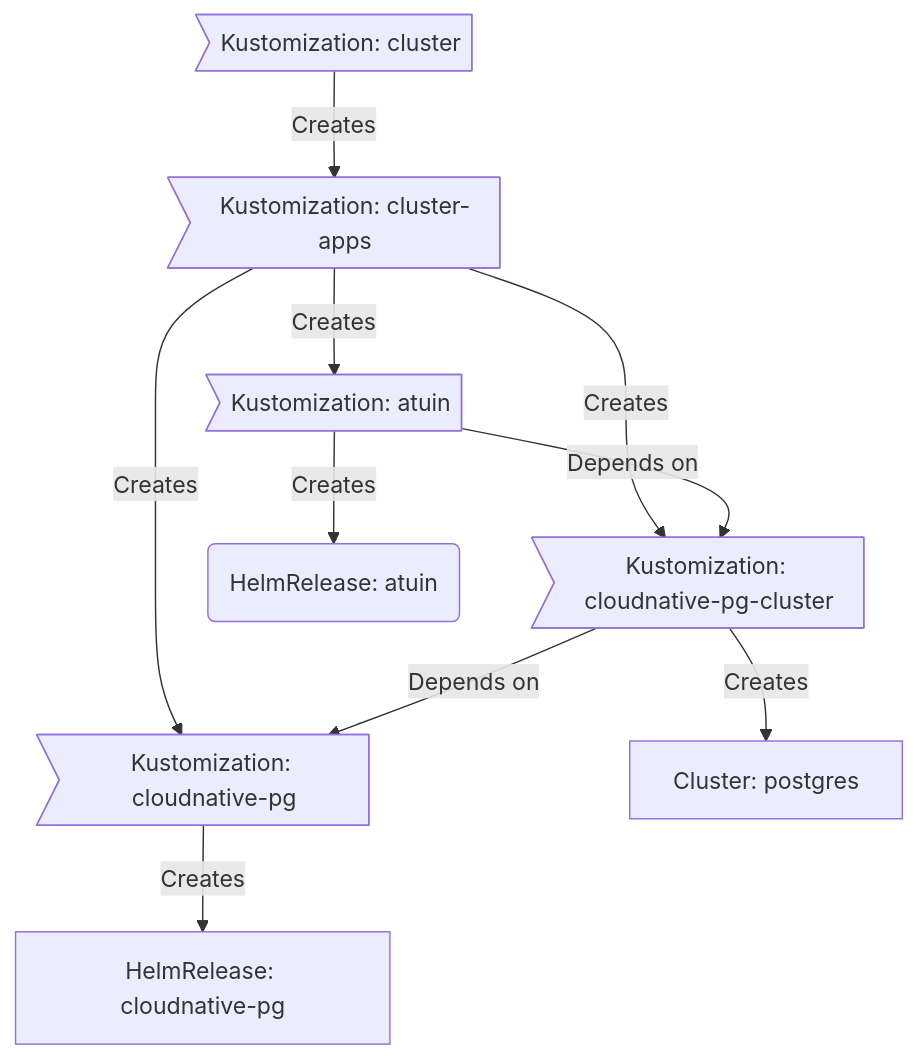
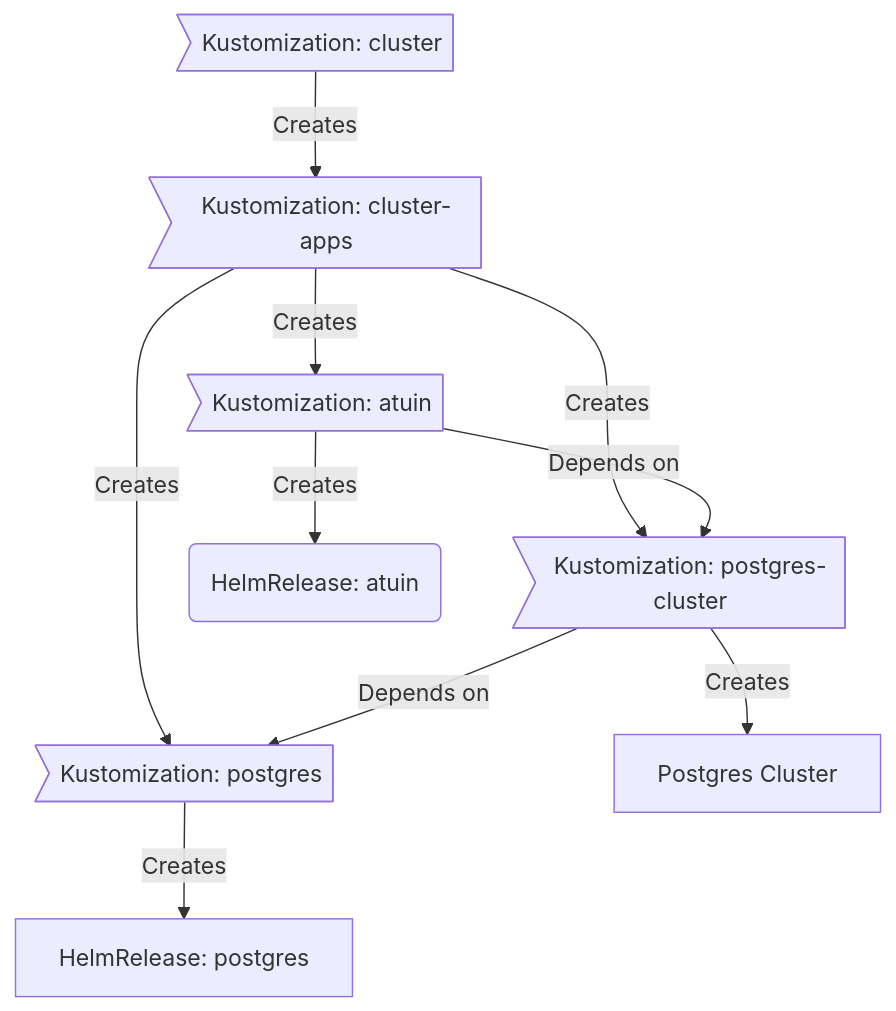
One commit to buroa/k8s-gitops changed the diagram in README.md. Above: the diagram before and after it, drawn with Mermaid. The commit also changed other lines of this file, not shown here.

````diff
--- a/README.md
+++ b/README.md
@@ -93,12 +93,12 @@
 ```mermaid
 graph TD;
   id1>Kustomization: cluster] -->|Creates| id2>Kustomization: cluster-apps];
-  id2>Kustomization: cluster-apps] -->|Creates| id3>Kustomization: cloudnative-pg];
-  id2>Kustomization: cluster-apps] -->|Creates| id5>Kustomization: cloudnative-pg-cluster]
+  id2>Kustomization: cluster-apps] -->|Creates| id3>Kustomization: postgres];
+  id2>Kustomization: cluster-apps] -->|Creates| id5>Kustomization: postgres-cluster]
   id2>Kustomization: cluster-apps] -->|Creates| id8>Kustomization: atuin]
-  id3>Kustomization: cloudnative-pg] -->|Creates| id4[HelmRelease: cloudnative-pg];
-  id5>Kustomization: cloudnative-pg-cluster] -->|Depends on| id3>Kustomization: cloudnative-pg];
-  id5>Kustomization: cloudnative-pg-cluster] -->|Creates| id10[Cluster: postgres];
+  id3>Kustomization: postgres] -->|Creates| id4[HelmRelease: postgres];
+  id5>Kustomization: postgres-cluster] -->|Depends on| id3>Kustomization: postgres];
+  id5>Kustomization: postgres-cluster] -->|Creates| id10[Postgres Cluster];
   id8>Kustomization: atuin] -->|Creates| id9(HelmRelease: atuin);
-  id8>Kustomization: atuin] -->|Depends on| id5>Kustomization: cloudnative-pg-cluster];
+  id8>Kustomization: atuin] -->|Depends on| id5>Kustomization: postgres-cluster];
 ```
````
